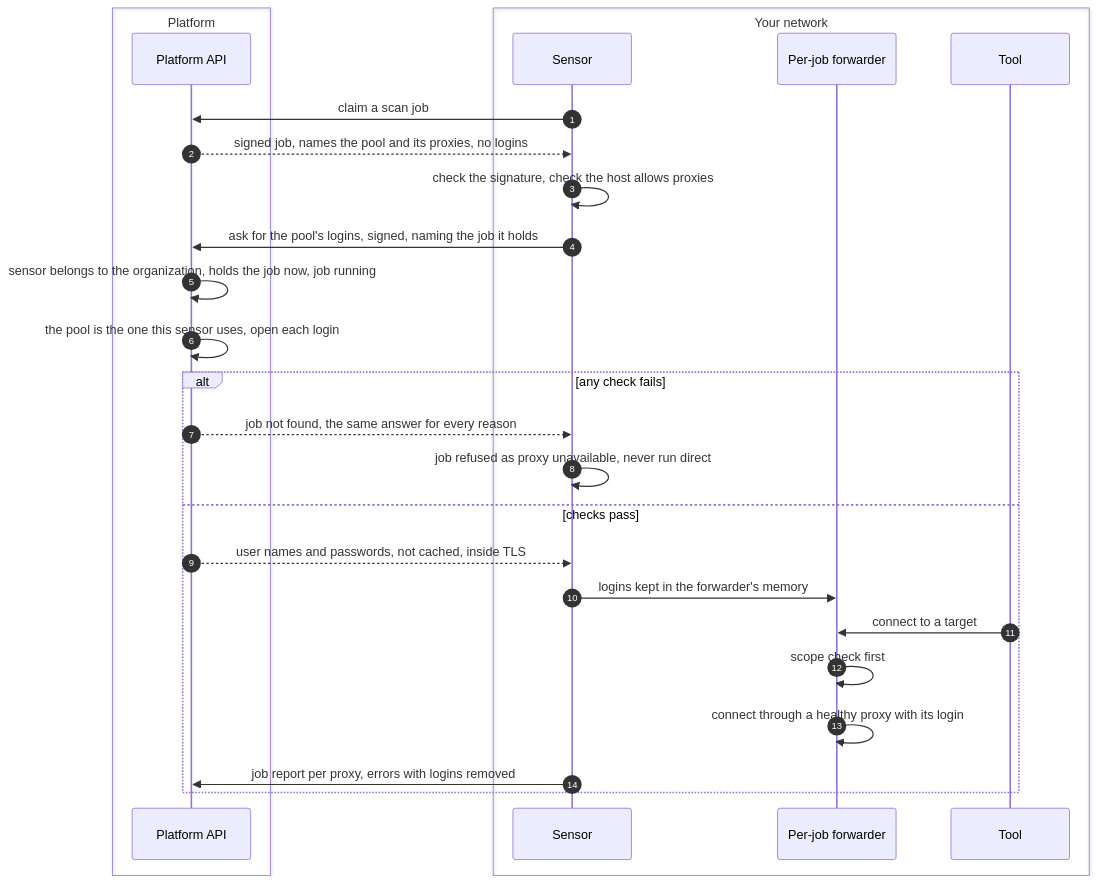
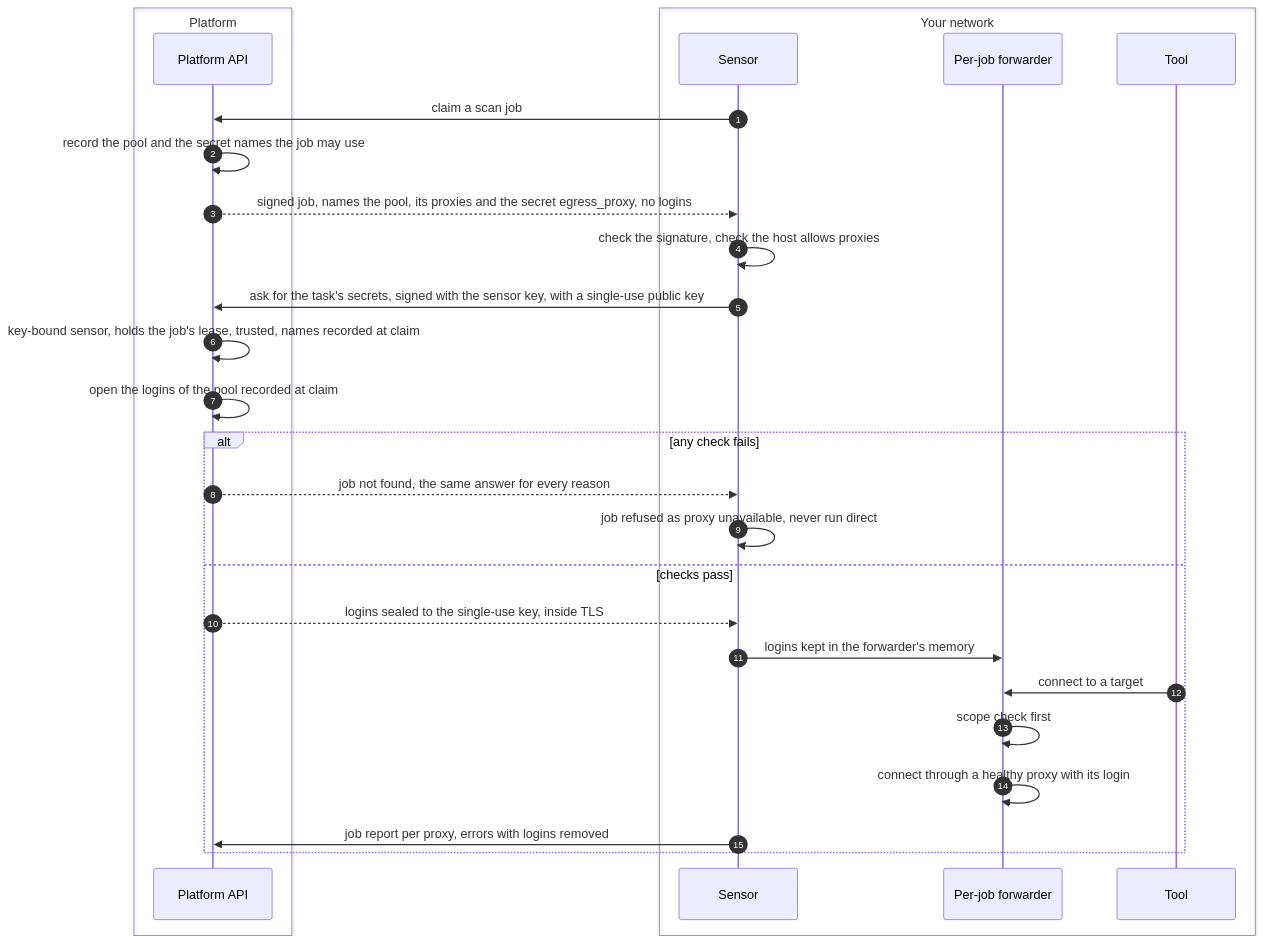
Before and after one commit to openctemio/docs: the second of 2 diagrams in how-it-works/secrets/proxy-credentials.md, drawn with Mermaid. The commit also changed other lines of this file and 34 other files, not shown here.

````diff
--- a/how-it-works/secrets/proxy-credentials.md
+++ b/how-it-works/secrets/proxy-credentials.md
@@ -64,29 +63,30 @@
 ```mermaid
 sequenceDiagram
     autonumber
     box Platform
     participant P as Platform API
     end
     box Your network
     participant S as Sensor
     participant F as Per-job forwarder
     participant T as Tool
     end
     S->>P: claim a scan job
-    P-->>S: signed job, names the pool and its proxies, no logins
+    P->>P: record the pool and the secret names the job may use
+    P-->>S: signed job, names the pool, its proxies and the secret egress_proxy, no logins
     S->>S: check the signature, check the host allows proxies
-    S->>P: ask for the pool's logins, signed, naming the job it holds
-    P->>P: sensor belongs to the organization, holds the job now, job running
-    P->>P: the pool is the one this sensor uses, open each login
+    S->>P: ask for the task's secrets, signed with the sensor key, with a single-use public key
+    P->>P: key-bound sensor, holds the job's lease, trusted, names recorded at claim
+    P->>P: open the logins of the pool recorded at claim
     alt any check fails
         P-->>S: job not found, the same answer for every reason
         S->>S: job refused as proxy unavailable, never run direct
     else checks pass
-        P-->>S: user names and passwords, not cached, inside TLS
+        P-->>S: logins sealed to the single-use key, inside TLS
         S->>F: logins kept in the forwarder's memory
         T->>F: connect to a target
         F->>F: scope check first
         F->>F: connect through a healthy proxy with its login
         S->>P: job report per proxy, errors with logins removed
     end
 ```
````
